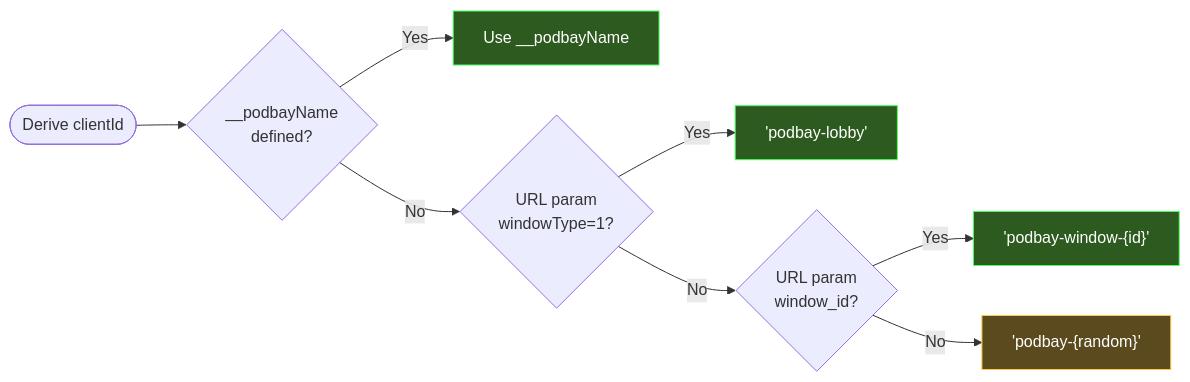
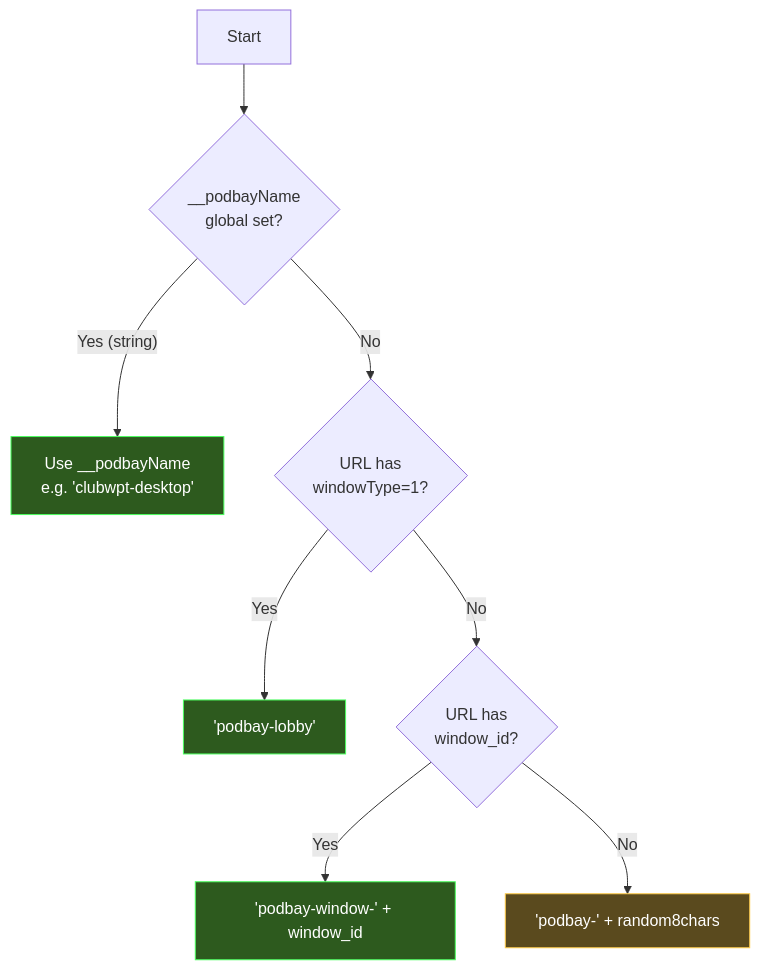
One commit to jerroldneal/podbay changed the second of 9 diagrams in lib/docs/bootstrap.md. Above: the diagram before and after it, drawn with Mermaid. The commit also changed other lines of this file and 110 other files, not shown here.

````diff
--- a/lib/docs/bootstrap.md
+++ b/lib/docs/bootstrap.md
@@ -54,15 +53,15 @@
 ```mermaid
-flowchart LR
-    Start([Derive clientId]) --> A{"__podbayName<br/>defined?"}
-    A -->|Yes| B["Use __podbayName"]
-    A -->|No| C{"URL param<br/>windowType=1?"}
-    C -->|Yes| D["'podbay-lobby'"]
-    C -->|No| E{"URL param<br/>window_id?"}
-    E -->|Yes| F["'podbay-window-{id}'"]
-    E -->|No| G["'podbay-{random}'"]
+flowchart TD
+    A["Start"] --> B{"__podbayName<br/>global set?"}
+    B -->|"Yes (string)"| C["Use __podbayName<br/>e.g. 'clubwpt-desktop'"]
+    B -->|No| D{"URL has<br/>windowType=1?"}
+    D -->|Yes| E["'podbay-lobby'"]
+    D -->|No| F{"URL has<br/>window_id?"}
+    F -->|Yes| G["'podbay-window-' + window_id"]
+    F -->|No| H["'podbay-' + random8chars"]
 
-    style B fill:#2d5a1e,stroke:#4aff5e,color:#fff
-    style D fill:#2d5a1e,stroke:#4aff5e,color:#fff
-    style F fill:#2d5a1e,stroke:#4aff5e,color:#fff
-    style G fill:#5a4a1e,stroke:#ffcc4a,color:#fff
+    style C fill:#2d5a1e,stroke:#4aff5e,color:#fff
+    style E fill:#2d5a1e,stroke:#4aff5e,color:#fff
+    style G fill:#2d5a1e,stroke:#4aff5e,color:#fff
+    style H fill:#5a4a1e,stroke:#ffcc4a,color:#fff
 ```
````
